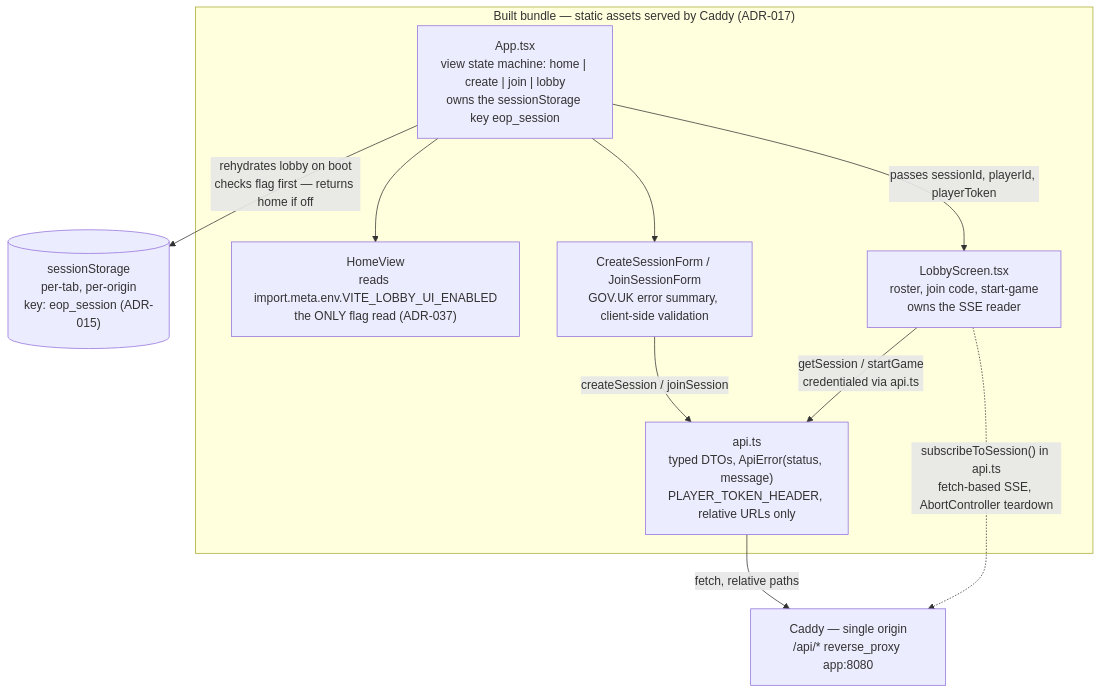
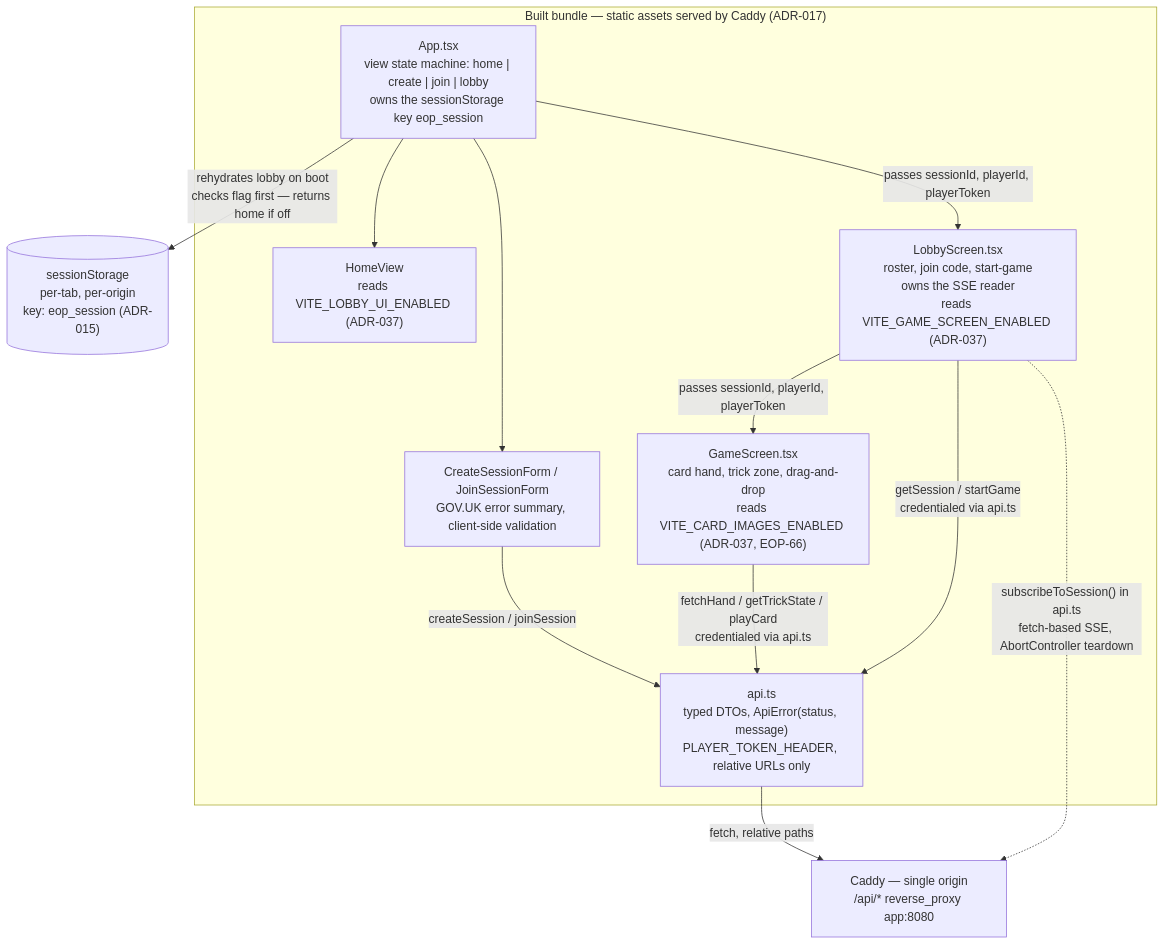
Before and after one commit to maglez/eop-threat-medeling: the third of 5 diagrams in docs/architecture/C4-Diagrams.md, drawn with Mermaid. The commit also changed other lines of this file and 173 other files, not shown here.

First line of the commit message:
[EOP-66] feat: display real card images in Game Screen behind VITE_CARD_IMAGES_ENABLED flag (#77)

````diff
--- a/docs/architecture/C4-Diagrams.md
+++ b/docs/architecture/C4-Diagrams.md
@@ -789,24 +789,27 @@
 ```mermaid
 flowchart TD
     subgraph bundle["Built bundle — static assets served by Caddy (ADR-017)"]
         APP["App.tsx<br/>view state machine: home | create | join | lobby<br/>owns the sessionStorage key eop_session"]
-        HOME["HomeView<br/>reads import.meta.env.VITE_LOBBY_UI_ENABLED<br/>the ONLY flag read (ADR-037)"]
+        HOME["HomeView<br/>reads VITE_LOBBY_UI_ENABLED (ADR-037)"]
         FORMS["CreateSessionForm / JoinSessionForm<br/>GOV.UK error summary, client-side validation"]
-        LOBBY["LobbyScreen.tsx<br/>roster, join code, start-game<br/>owns the SSE reader"]
+        LOBBY["LobbyScreen.tsx<br/>roster, join code, start-game<br/>owns the SSE reader<br/>reads VITE_GAME_SCREEN_ENABLED (ADR-037)"]
+        GAME["GameScreen.tsx<br/>card hand, trick zone, drag-and-drop<br/>reads VITE_CARD_IMAGES_ENABLED (ADR-037, EOP-66)"]
         API["api.ts<br/>typed DTOs, ApiError(status, message)<br/>PLAYER_TOKEN_HEADER, relative URLs only"]
     end
 
     SS[("sessionStorage<br/>per-tab, per-origin<br/>key: eop_session (ADR-015)")]
     CADDY["Caddy — single origin<br/>/api/* reverse_proxy app:8080"]
 
     APP -->|"rehydrates lobby on boot<br/>checks flag first — returns home if off"| SS
     APP --> HOME
     APP --> FORMS
     APP -->|"passes sessionId, playerId, playerToken"| LOBBY
+    LOBBY -->|"passes sessionId, playerId, playerToken"| GAME
 
     FORMS -->|"createSession / joinSession"| API
     LOBBY -->|"getSession / startGame<br/>credentialed via api.ts"| API
     LOBBY -.->|"subscribeToSession() in api.ts<br/>fetch-based SSE, AbortController teardown"| CADDY
+    GAME -->|"fetchHand / getTrickState / playCard<br/>credentialed via api.ts"| API
 
     API -->|"fetch, relative paths"| CADDY
 ```
````
